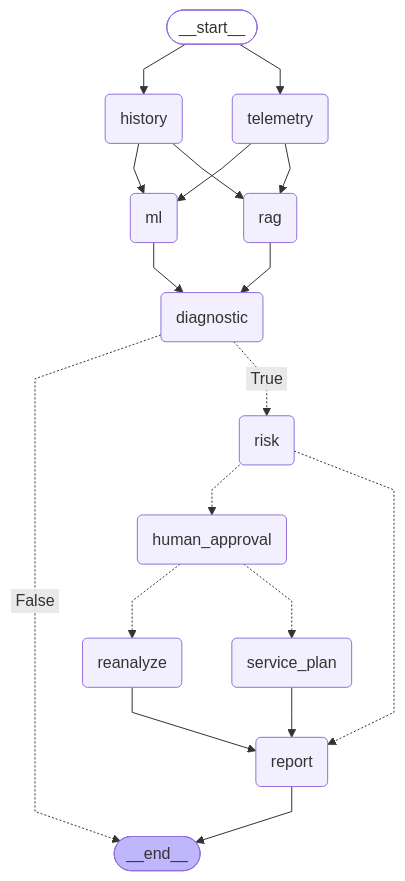
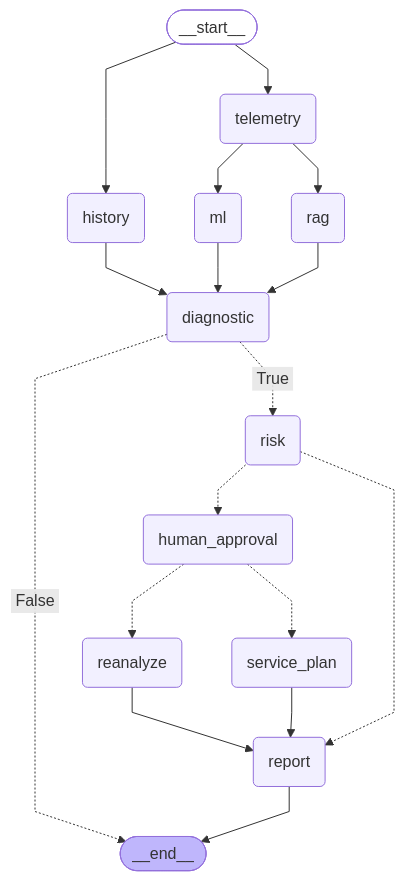
One commit to satrishabh/capstone changed the diagram in langgraph_workflow.mmd. Above: the diagram before and after it, drawn with Mermaid. The commit also changed other lines of this file and 1 other file, not shown here.

```diff
--- a/langgraph_workflow.mmd
+++ b/langgraph_workflow.mmd
@@ -1,38 +1,37 @@
 ---
 config:
   flowchart:
     curve: linear
 ---
 graph TD;
-	__start__([<p>__start__</p>]):::first
-	telemetry(telemetry)
-	history(history)
-	rag(rag)
-	ml(ml)
-	diagnostic(diagnostic)
-	risk(risk)
-	human_approval(human_approval)
-	reanalyze(reanalyze)
-	service_plan(service_plan)
-	report(report)
-	__end__([<p>__end__</p>]):::last
-	__start__ --> history;
-	__start__ --> telemetry;
-	diagnostic -. &nbsp;False&nbsp; .-> __end__;
-	diagnostic -. &nbsp;True&nbsp; .-> risk;
-	history --> ml;
-	history --> rag;
-	human_approval -.-> reanalyze;
-	human_approval -.-> service_plan;
-	ml --> diagnostic;
-	rag --> diagnostic;
-	reanalyze --> report;
-	risk -.-> human_approval;
-	risk -.-> report;
-	service_plan --> report;
-	telemetry --> ml;
-	telemetry --> rag;
-	report --> __end__;
-	classDef default fill:#f2f0ff,line-height:1.2
-	classDef first fill-opacity:0
-	classDef last fill:#bfb6fc
+    __start__([<p>__start__</p>]):::first
+    telemetry(telemetry)
+    history(history)
+    rag(rag)
+    ml(ml)
+    diagnostic(diagnostic)
+    risk(risk)
+    human_approval(human_approval)
+    reanalyze(reanalyze)
+    service_plan(service_plan)
+    report(report)
+    __end__([<p>__end__</p>]):::last
+    __start__ --> history;
+    __start__ --> telemetry;
+    diagnostic -. &nbsp;False&nbsp; .-> __end__;
+    diagnostic -. &nbsp;True&nbsp; .-> risk;
+    history --> diagnostic;
+    human_approval -.-> reanalyze;
+    human_approval -.-> service_plan;
+    ml --> diagnostic;
+    rag --> diagnostic;
+    reanalyze --> report;
+    risk -.-> human_approval;
+    risk -.-> report;
+    service_plan --> report;
+    telemetry --> ml;
+    telemetry --> rag;
+    report --> __end__;
+    classDef default fill:#f2f0ff,line-height:1.2
+    classDef first fill-opacity:0
+    classDef last fill:#bfb6fc
```
